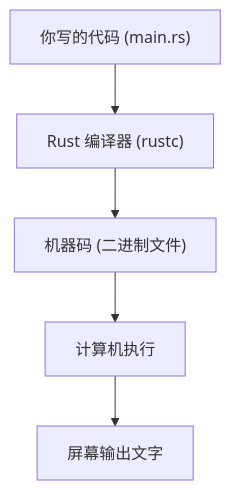
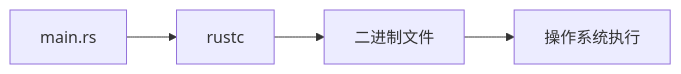
One commit to missercatos/RootStack changed the diagram in rust/1入门/01-认识Rust：你好世界.md. Above: the diagram before and after it, drawn with Mermaid. The commit also changed other lines of this file and 71 other files, not shown here.

````diff
--- a/rust/1入门/01-认识Rust：你好世界.md
+++ b/rust/1入门/01-认识Rust：你好世界.md
@@ -190,7 +9,6 @@
 ```mermaid
-flowchart TD
-    A["你写的代码 (main.rs)"] --> B["Rust 编译器 (rustc)"]
-    B --> C["机器码 (二进制文件)"]
-    C --> D["计算机执行"]
-    D --> E["屏幕输出文字"]
+flowchart LR
+    A["main.rs"] --> B["rustc"]
+    B --> C["二进制文件"]
+    C --> D["操作系统执行"]
 ```
````
